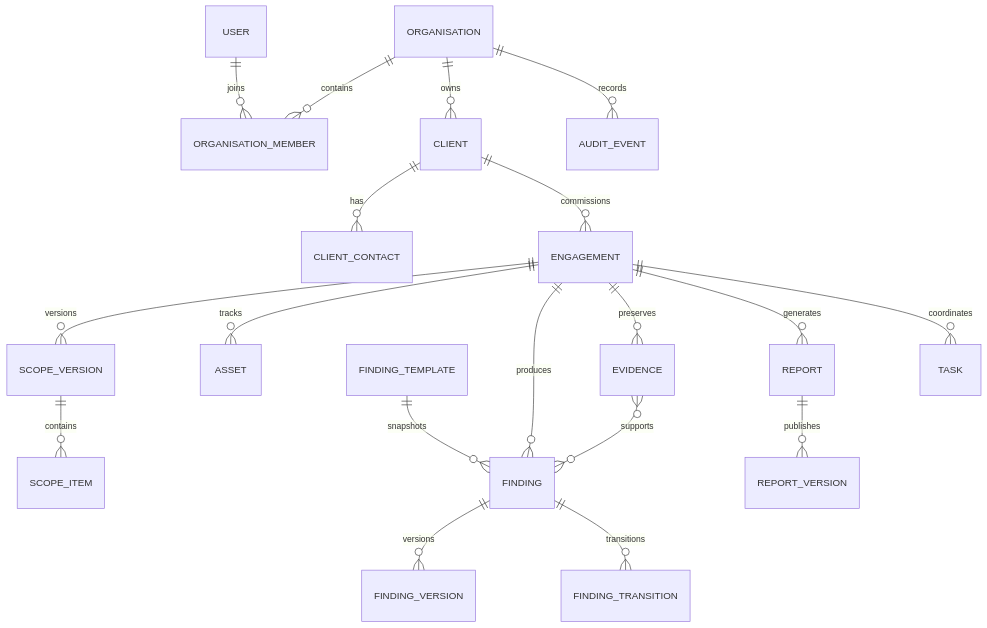
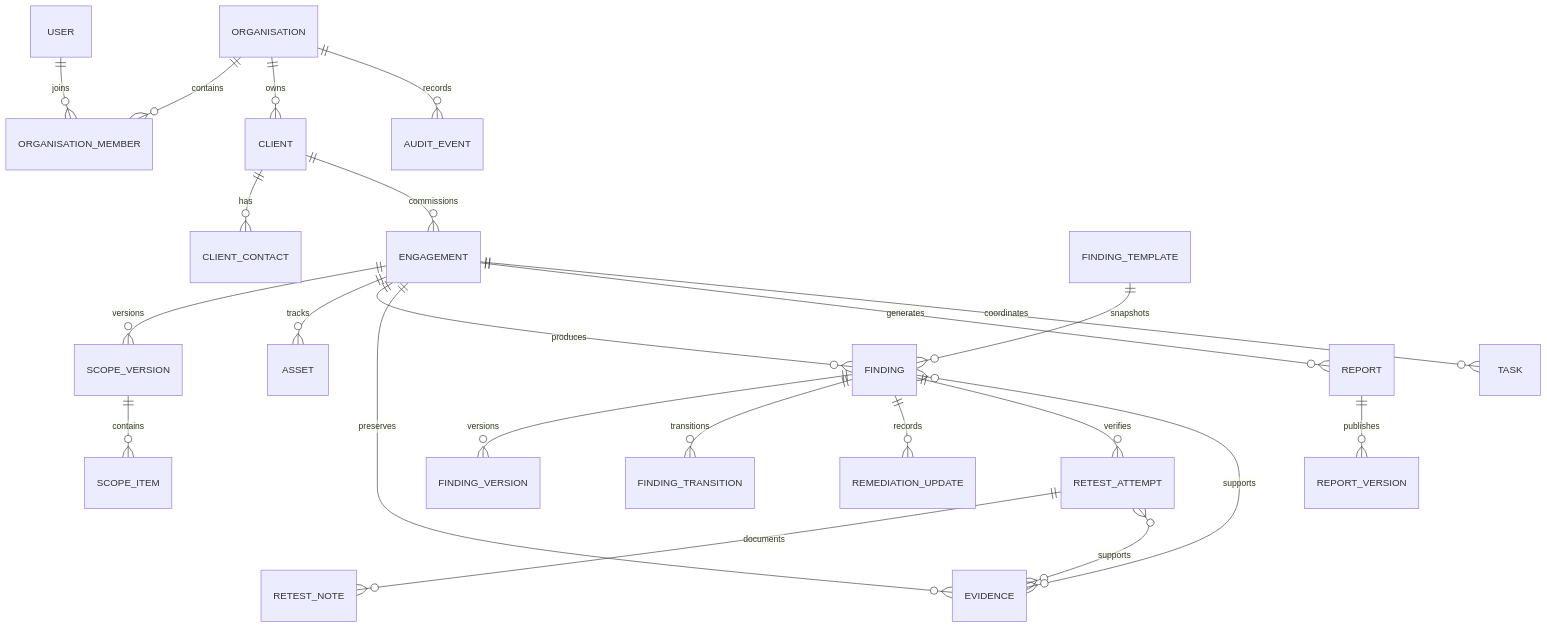
Before and after one commit to yumaitau/DingoDocs: the diagram in docs/architecture.md, drawn with Mermaid. The commit also changed other lines of this file and 24 other files, not shown here.

````diff
--- a/docs/architecture.md
+++ b/docs/architecture.md
@@ -21,21 +21,25 @@
 ```mermaid
 erDiagram
   ORGANISATION ||--o{ ORGANISATION_MEMBER : contains
   USER ||--o{ ORGANISATION_MEMBER : joins
   ORGANISATION ||--o{ CLIENT : owns
   CLIENT ||--o{ CLIENT_CONTACT : has
   CLIENT ||--o{ ENGAGEMENT : commissions
   ENGAGEMENT ||--o{ SCOPE_VERSION : versions
   SCOPE_VERSION ||--o{ SCOPE_ITEM : contains
   ENGAGEMENT ||--o{ ASSET : tracks
   ENGAGEMENT ||--o{ FINDING : produces
   FINDING_TEMPLATE ||--o{ FINDING : snapshots
   FINDING ||--o{ FINDING_VERSION : versions
   FINDING ||--o{ FINDING_TRANSITION : transitions
+  FINDING ||--o{ REMEDIATION_UPDATE : records
+  FINDING ||--o{ RETEST_ATTEMPT : verifies
+  RETEST_ATTEMPT ||--o{ RETEST_NOTE : documents
+  RETEST_ATTEMPT }o--o{ EVIDENCE : supports
   ENGAGEMENT ||--o{ EVIDENCE : preserves
   EVIDENCE }o--o{ FINDING : supports
   ENGAGEMENT ||--o{ REPORT : generates
   REPORT ||--o{ REPORT_VERSION : publishes
   ENGAGEMENT ||--o{ TASK : coordinates
   ORGANISATION ||--o{ AUDIT_EVENT : records
 ```
````
